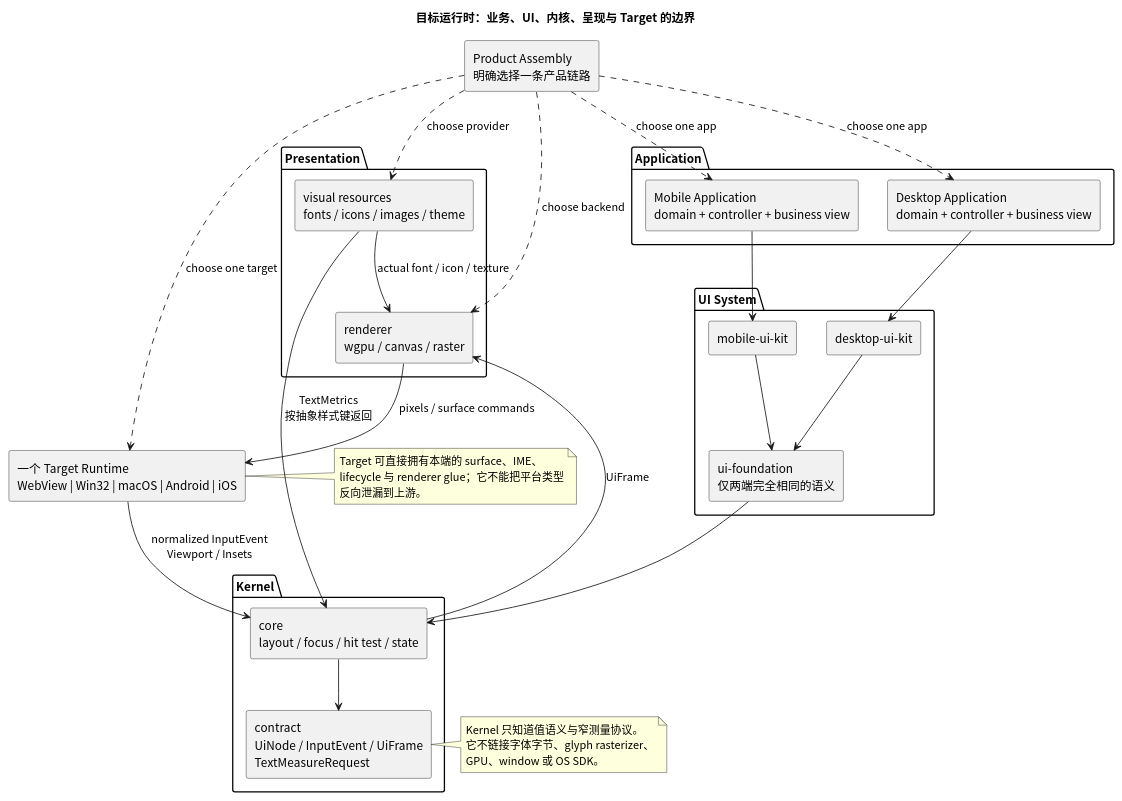
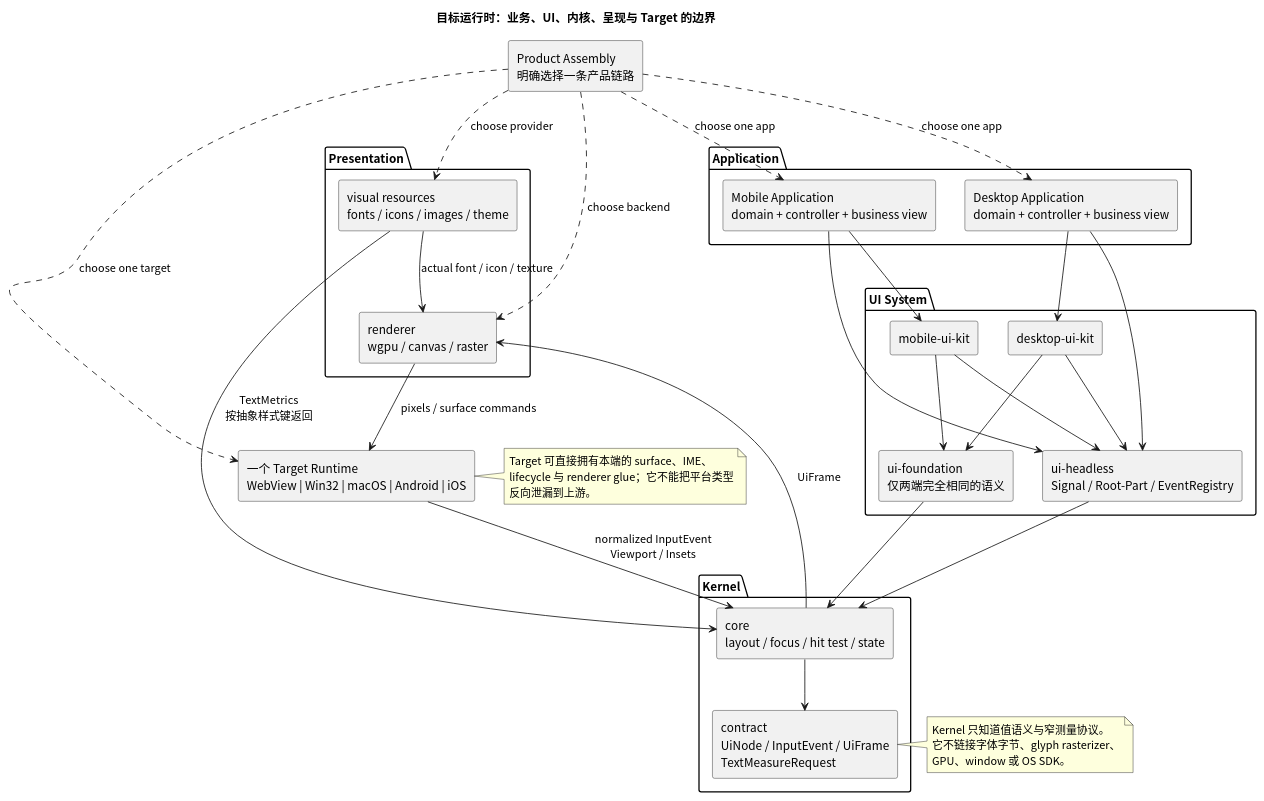
One commit to nyml2003/tela changed the second of 10 diagrams in docs/026-架构迭代方案.md. Above: the diagram before and after it, drawn with PlantUML. The commit also changed other lines of this file and 83 other files, not shown here.

````diff
--- a/docs/026-架构迭代方案.md
+++ b/docs/026-架构迭代方案.md
@@ -166,64 +168,70 @@
 ```plantuml
 @startuml
 title 目标运行时：业务、UI、内核、呈现与 Target 的边界
 top to bottom direction
 skinparam shadowing false
 skinparam defaultFontName "Noto Sans CJK SC"
 skinparam componentStyle rectangle
 
 package "Application" {
   component "Desktop Application\ndomain + controller + business view" as desktop_app
   component "Mobile Application\ndomain + controller + business view" as mobile_app
 }
 
 package "UI System" {
+  component "ui-headless\nSignal / Root-Part / EventRegistry" as headless
   component "desktop-ui-kit" as desktop_kit
   component "mobile-ui-kit" as mobile_kit
   component "ui-foundation\n仅两端完全相同的语义" as foundation
 }
 
 package "Kernel" {
   component "contract\nUiNode / InputEvent / UiFrame\nTextMeasureRequest" as contract
   component "core\nlayout / focus / hit test / state" as core
 }
 
 package "Presentation" {
   component "visual resources\nfonts / icons / images / theme" as resources
   component "renderer\nwgpu / canvas / raster" as renderer
 }
 
 component "一个 Target Runtime\nWebView | Win32 | macOS | Android | iOS" as target_runtime
 component "Product Assembly\n明确选择一条产品链路" as assembly
 
 desktop_app --> desktop_kit
 mobile_app --> mobile_kit
+desktop_app --> headless
+mobile_app --> headless
+desktop_kit --> headless
+mobile_kit --> headless
 desktop_kit --> foundation
 mobile_kit --> foundation
+headless --> core
 foundation --> core
 core --> contract
 
 target_runtime --> core : normalized InputEvent\nViewport / Insets
 resources --> core : TextMetrics\n按抽象样式键返回
 core --> renderer : UiFrame
 resources --> renderer : actual font / icon / texture
 renderer --> target_runtime : pixels / surface commands
 
 assembly ..> desktop_app : choose one app
 assembly ..> mobile_app : choose one app
 assembly ..> resources : choose provider
 assembly ..> renderer : choose backend
 assembly ..> target_runtime : choose one target
 
 note right of contract
 Kernel 只知道值语义与窄测量协议。
 它不链接字体字节、glyph rasterizer、
 GPU、window 或 OS SDK。
 end note
 
 note right of target_runtime
 Target 可直接拥有本端的 surface、IME、
 lifecycle 与 renderer glue；它不能把平台类型
 反向泄漏到上游。
 end note
 @enduml
 ```
````
